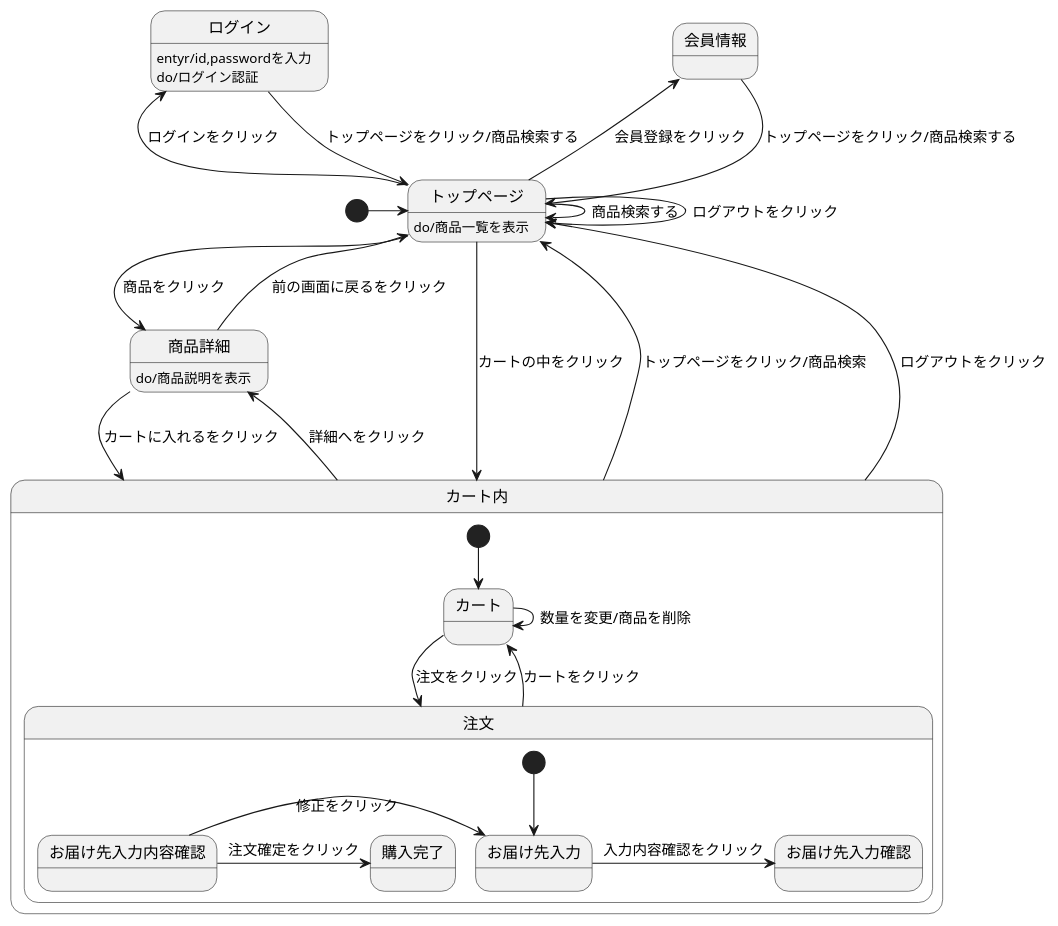
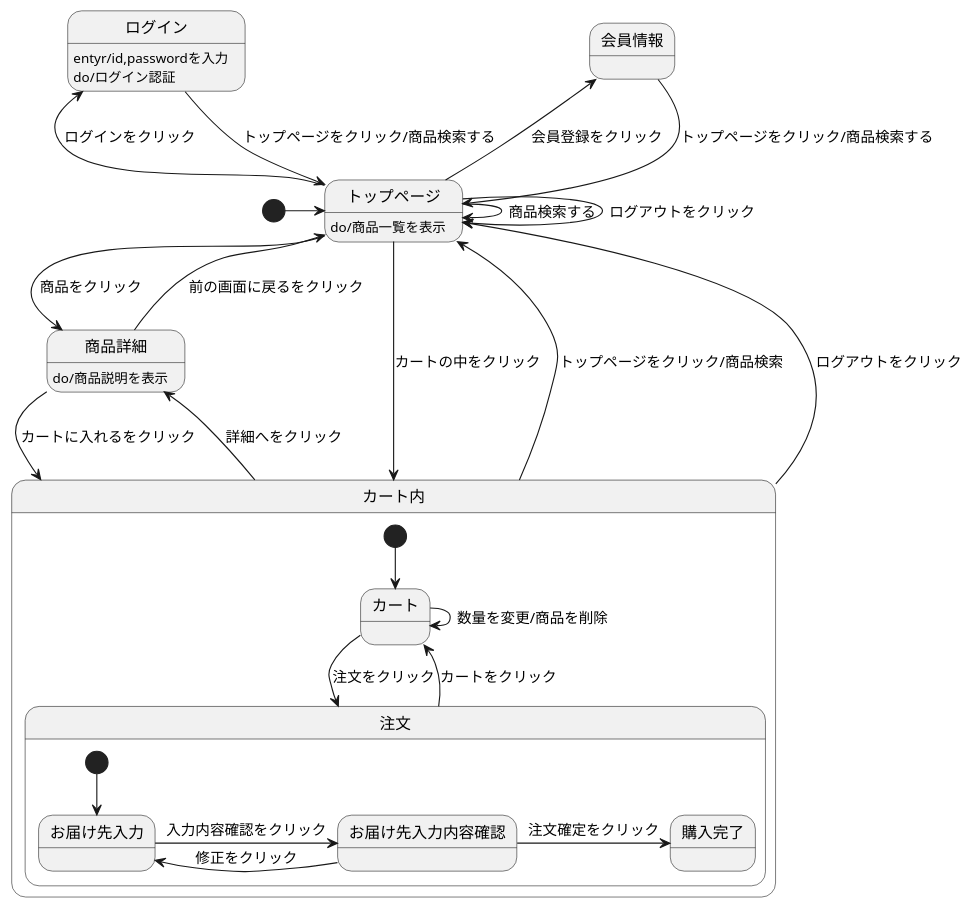
The diagram in stm01.md (Aso2001168/Aso2001168), drawn with PlantUML before and after one commit.

````diff
--- a/stm01.md
+++ b/stm01.md
@@ -1,35 +1,35 @@
 ```uml
 @startuml
 [*] -> トップページ
 会員情報 --> トップページ : トップページをクリック/商品検索する
 ログイン --> トップページ : トップページをクリック/商品検索する
 ログイン : entyr/id,passwordを入力
 ログイン : do/ログイン認証
 トップページ --> トップページ : ログアウトをクリック
 トップページ -> トップページ : 商品検索する
 トップページ -> 商品詳細 : 商品をクリック
 トップページ -left-> 会員情報 : 会員登録をクリック
 トップページ -left-> ログイン : ログインをクリック
 トップページ --> カート内 : カートの中をクリック
 トップページ : do/商品一覧を表示
 商品詳細 --> カート内 : カートに入れるをクリック
 商品詳細 --> トップページ : 前の画面に戻るをクリック
 商品詳細 : do/商品説明を表示
 カート内 -up-> トップページ : トップページをクリック/商品検索
 カート内 -up-> トップページ : ログアウトをクリック
 カート内 -> 商品詳細 : 詳細へをクリック
 
 state カート内{
 [*] --> カート
 カート -> 注文 : 注文をクリック
 カート -> カート : 数量を変更/商品を削除
 注文 --> カート : カートをクリック
 state 注文{
 [*] --> お届け先入力
-お届け先入力 -> お届け先入力確認 : 入力内容確認をクリック
+お届け先入力 -> お届け先入力内容確認 : 入力内容確認をクリック
 お届け先入力内容確認 -> お届け先入力 : 修正をクリック
 お届け先入力内容確認 -> 購入完了 : 注文確定をクリック
 }
 }
 @enduml
 ```
````
